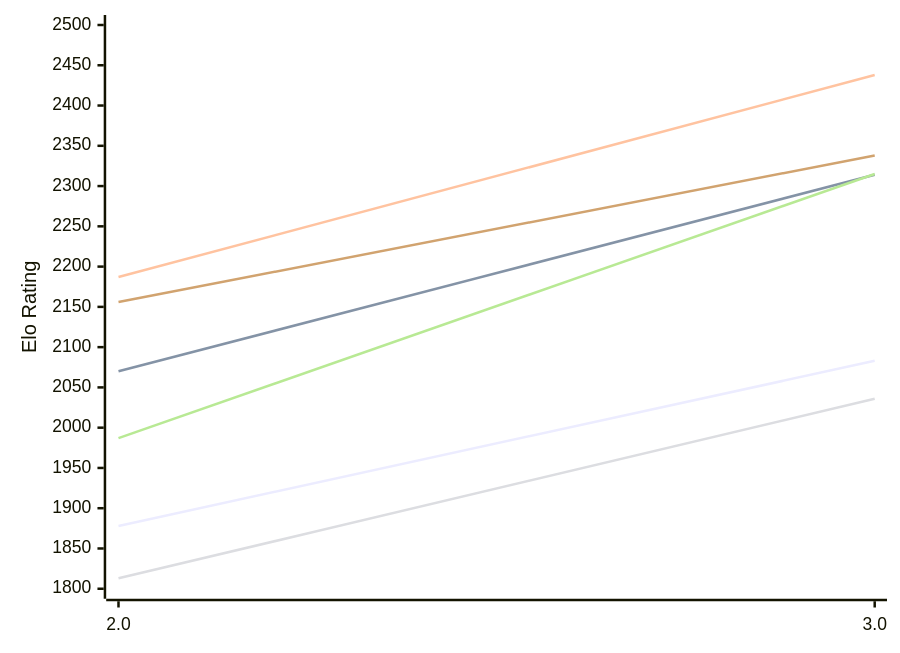
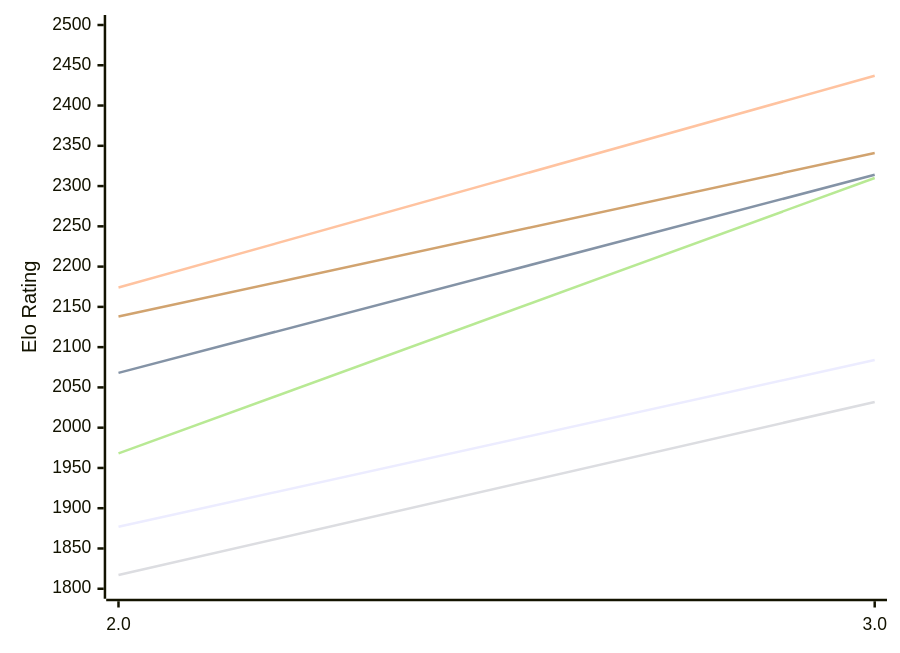
Before and after one commit to computer-chess-index/cci: the first of 2 diagrams in engines/Zeno.md, drawn with Mermaid. The commit also changed other lines of this file, not shown here.

Commit message:
Update CCI Ratings (ELO VLTC) - 2026-11-17

````diff
--- a/engines/Zeno.md
+++ b/engines/Zeno.md
@@ -50,12 +50,12 @@
 ```mermaid
 %%{init: {"theme":"base","themeVariables":{"seriesColors:['#a3a3a3','#222221','#faa371']}}}%%
 xychart-beta
   x-axis ["2.0", "3.0"]
   y-axis "Elo Rating" 1800 --> 2500
-  line "E1: STC (8.0+0.08s)" [1878, 2083]
-  line "E1: LTC (60.0+0.60s)" [2070, 2314]
-  line "E1: VLTC (2m24s+1.12s)" [2187, 2438]
-  line "P1: STC (8.0+0.08s)" [1813, 2036]
-  line "P1: LTC (60.0+0.60s)" [1987, 2315]
-  line "P1: VLTC (2m24s+1.12s)" [2156, 2338]
+  line "E1: STC (8.0+0.08s)" [1877, 2084]
+  line "E1: LTC (60.0+0.60s)" [2068, 2314]
+  line "E1: VLTC (2m24s+1.12s)" [2174, 2437]
+  line "P1: STC (8.0+0.08s)" [1817, 2032]
+  line "P1: LTC (60.0+0.60s)" [1968, 2310]
+  line "P1: VLTC (2m24s+1.12s)" [2138, 2341]
 ```
````
